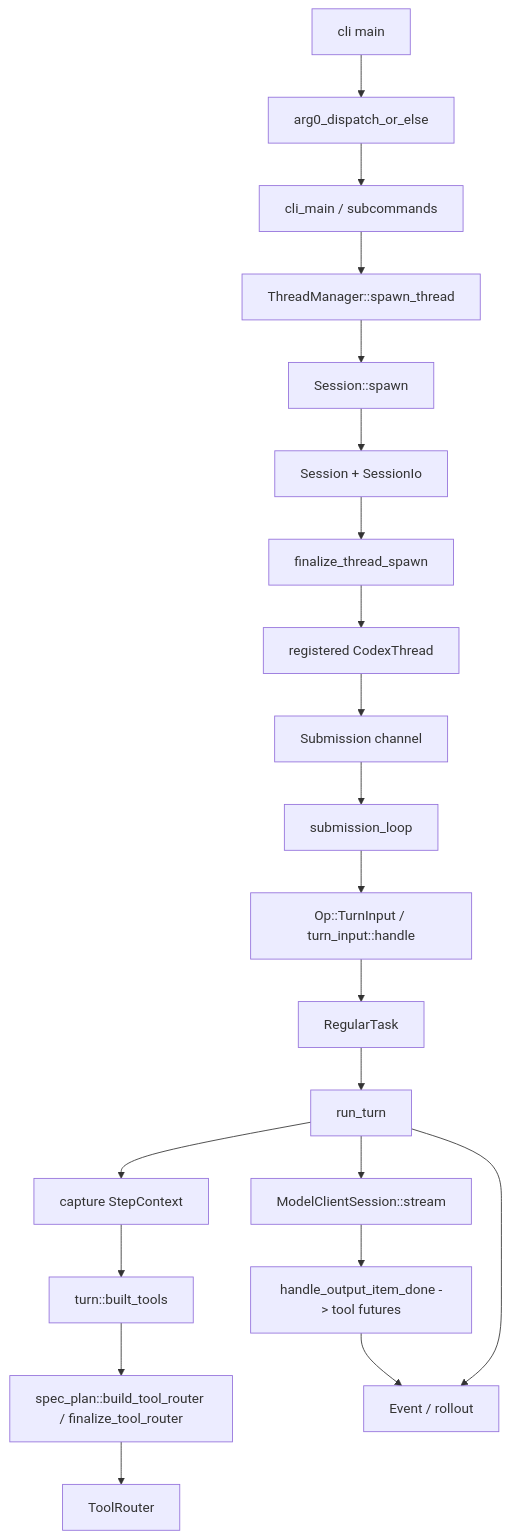
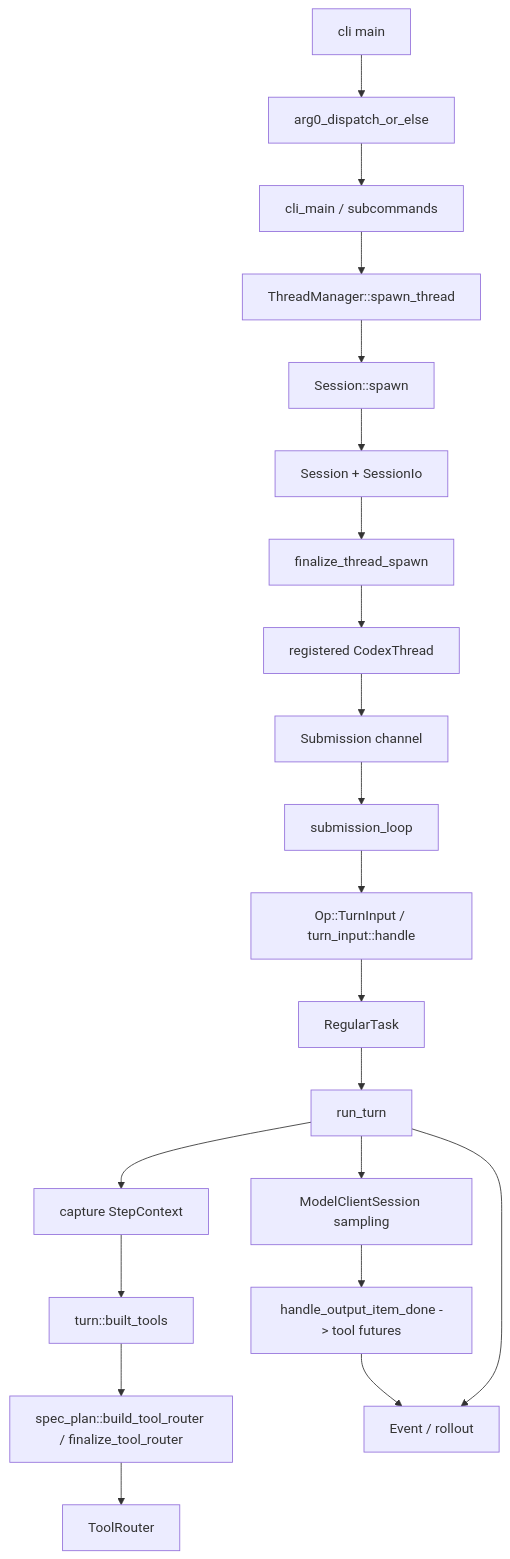
The diagram in docs/llm-wiki/codex/spine/overview.md (wdnmdtonyma/SOTA-Agent-LLM-Wiki), drawn with Mermaid before and after one commit. The commit also changed other lines of this file and 195 other files, not shown here.

````diff
--- a/docs/llm-wiki/codex/spine/overview.md
+++ b/docs/llm-wiki/codex/spine/overview.md
@@ -24,23 +24,23 @@
 ```mermaid
 flowchart TD
     CLI["cli main"] --> ARG0["arg0_dispatch_or_else"]
     ARG0 --> CLI_MAIN["cli_main / subcommands"]
     CLI_MAIN --> TM["ThreadManager::spawn_thread"]
     TM --> SPAWN["Session::spawn"]
     SPAWN --> SESSION["Session + SessionIo"]
     SESSION --> FINALIZE["finalize_thread_spawn"]
     FINALIZE --> CLIENT["registered CodexThread"]
     CLIENT --> SQ["Submission channel"]
     SQ --> LOOP["submission_loop"]
     LOOP --> TURNIN["Op::TurnInput / turn_input::handle"]
     TURNIN --> TASK["RegularTask"]
     TASK --> TURN["run_turn"]
     TURN --> STEP["capture StepContext"]
     STEP --> BUILT["turn::built_tools"]
     BUILT --> SPECPLAN["spec_plan::build_tool_router / finalize_tool_router"]
     SPECPLAN --> ROUTER["ToolRouter"]
-    TURN --> STREAM["ModelClientSession::stream"]
+    TURN --> STREAM["ModelClientSession sampling"]
     STREAM --> TOOLS["handle_output_item_done -> tool futures"]
     TOOLS --> EQ["Event / rollout"]
     TURN --> EQ
 ```
````
